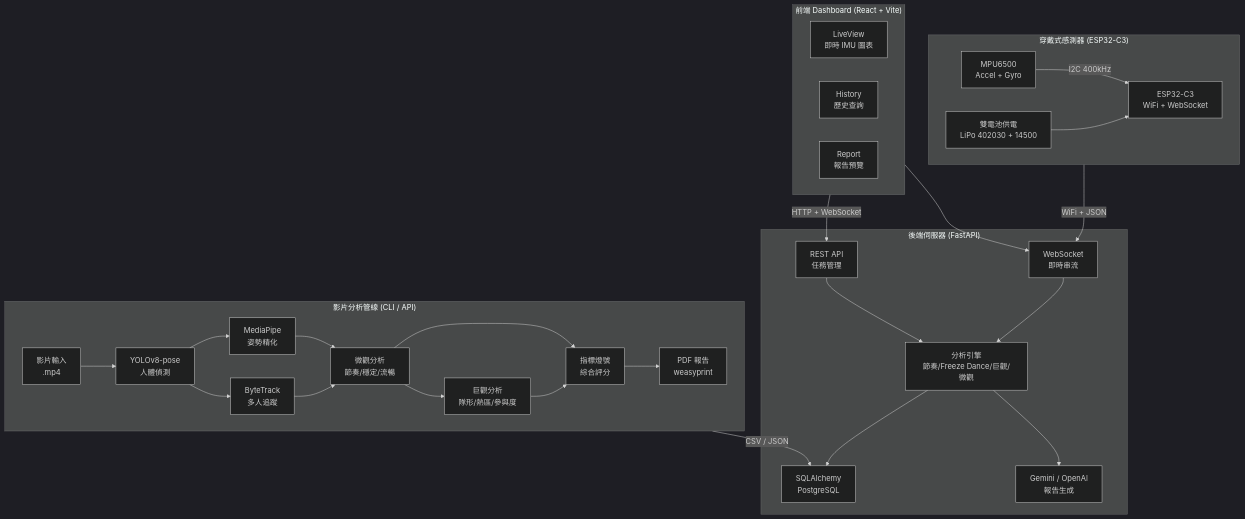
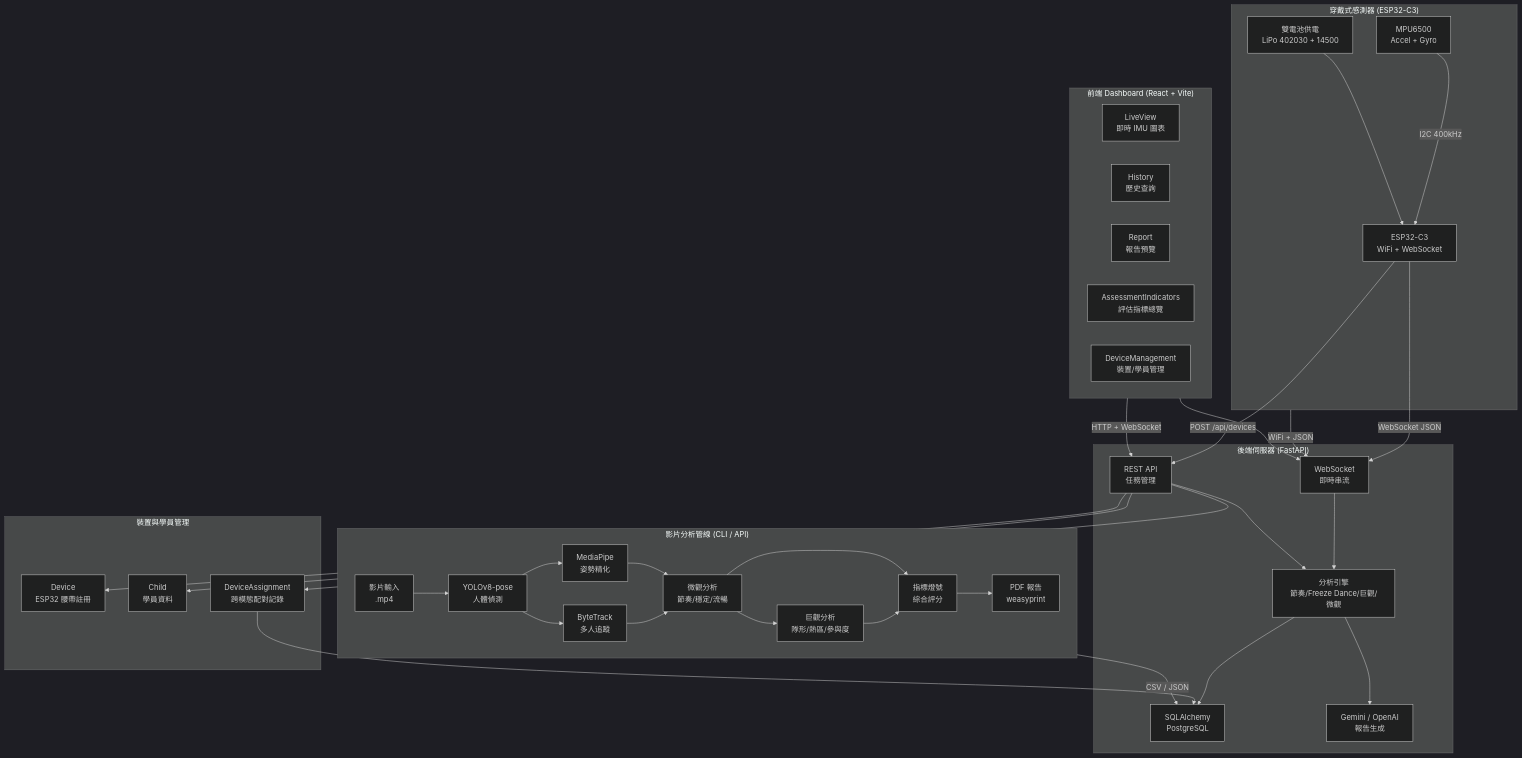
One commit to HMEAYC/NSTC changed the first of 5 diagrams in .opencode/plans/development-plan.md. Above: the diagram before and after it, drawn with Mermaid (dark theme). The commit also changed other lines of this file and 1 other file, not shown here.

First line of the commit message:
docs: update README and dev-plan with multi-person device management system

````diff
--- a/.opencode/plans/development-plan.md
+++ b/.opencode/plans/development-plan.md
@@ -62,53 +62,68 @@
 ```mermaid
 graph TB
     subgraph Wearable["穿戴式感測器 (ESP32-C3)"]
         IMU[MPU6500<br/>Accel + Gyro]
         MCU[ESP32-C3<br/>WiFi + WebSocket]
         BAT[雙電池供電<br/>LiPo 402030 + 14500]
         IMU -->|I2C 400kHz| MCU
         BAT --> MCU
     end
 
     subgraph Backend["後端伺服器 (FastAPI)"]
         WS[WebSocket<br/>即時串流]
         REST[REST API<br/>任務管理]
         ORM[SQLAlchemy<br/>PostgreSQL]
         ANALYSIS[分析引擎<br/>節奏/Freeze Dance/巨觀/微觀]
         GEMINI[Gemini / OpenAI<br/>報告生成]
         WS --> ANALYSIS
         REST --> ANALYSIS
         ANALYSIS --> ORM
         ANALYSIS --> GEMINI
     end
 
+    subgraph Management["裝置與學員管理"]
+        DEV[Device<br/>ESP32 腰帶註冊]
+        CHILD[Child<br/>學員資料]
+        ASSIGN[DeviceAssignment<br/>跨模態配對記錄]
+    end
+
     subgraph Frontend["前端 Dashboard (React + Vite)"]
         LV[LiveView<br/>即時 IMU 圖表]
         HIST[History<br/>歷史查詢]
         REP[Report<br/>報告預覽]
+        AI[AssessmentIndicators<br/>評估指標總覽]
+        DM[DeviceManagement<br/>裝置/學員管理]
     end
+
+    MCU -->|WebSocket JSON| WS
+    MCU -->|POST /api/devices| REST
+    REST --> DEV
+    REST --> CHILD
+    REST --> ASSIGN
+    ASSIGN --> ORM
 
     subgraph Pipeline["影片分析管線 (CLI / API)"]
         VIDEO[影片輸入<br/>.mp4]
         YOLO[YOLOv8-pose<br/>人體偵測]
         MP[MediaPipe<br/>姿勢精化]
         TRACK[ByteTrack<br/>多人追蹤]
         MACRO[巨觀分析<br/>隊形/熱區/參與度]
         MICRO[微觀分析<br/>節奏/穩定/流暢]
         METRIC[指標燈號<br/>綜合評分]
         PDF[PDF 報告<br/>weasyprint]
         VIDEO --> YOLO
         YOLO --> MP
         YOLO --> TRACK
         MP --> MICRO
         TRACK --> MICRO
         MICRO --> MACRO
         MICRO --> METRIC
         MACRO --> METRIC
         METRIC --> PDF
     end
 
     Wearable -->|WiFi + JSON| WS
     Frontend -->|HTTP + WebSocket| REST
     Frontend --> WS
     Pipeline -->|CSV / JSON| ORM
 ```
````
